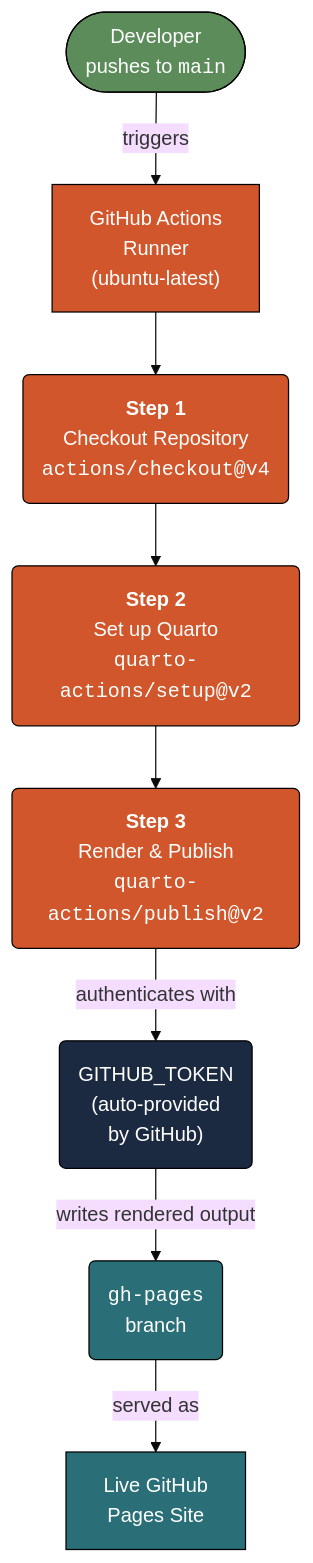
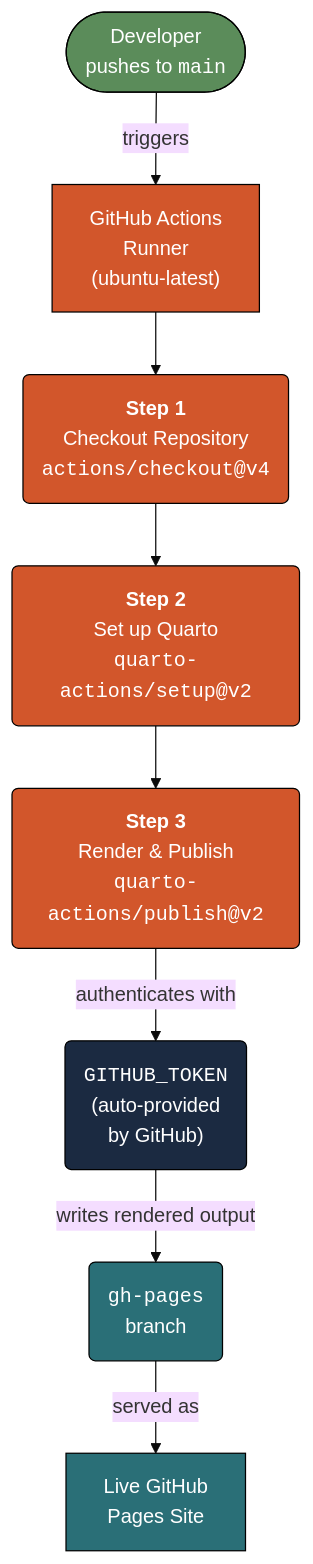
The first of 3 diagrams in publish-r-py.qmd (mjfrigaard/do4ds-labs), drawn with Mermaid before and after one commit. The commit also changed other lines of this file and 69 other files, not shown here.

Commit message:
style review fixes; mermaid look; lab07 model scripts and workflow deps

````diff
--- a/publish-r-py.qmd
+++ b/publish-r-py.qmd
@@ -130,25 +130,25 @@
 ```{mermaid}
 %%| fig-cap: 'Publishing to GitHub pages'
 %%| fig-width: 7.0
 %%| fig-align: 'center'
-%%{init: {'theme': 'base', 'themeVariables': {'fontFamily': 'monospace'}}}%%
+%%{init: {'theme': 'base', 'look': 'classic', 'themeVariables': {'fontFamily': 'monospace'}}}%%
 flowchart TD
     Push(["Developer<br>pushes to <code>main</code>"]) -->|"triggers"| GHA["GitHub Actions<br>Runner<br>(ubuntu-latest)"]
 
     GHA --> Step1("<strong>Step 1</strong><br>Checkout Repository<br><code>actions/checkout@v4</code>")
     Step1 --> Step2("<strong>Step 2</strong><br>Set up Quarto<br><code>quarto-actions/setup@v2</code>")
     Step2 --> Step3("<strong>Step 3</strong><br>Render & Publish<br><code>quarto-actions/publish@v2</code>")
 
-    Step3 -->|"authenticates with"| Token("<cdde>GITHUB_TOKEN</code><br>(auto-provided<br>by GitHub)")
+    Step3 -->|"authenticates with"| Token("<code>GITHUB_TOKEN</code><br>(auto-provided<br>by GitHub)")
     Token -->|"writes rendered output"| GHPages("<code>gh-pages</code><br>branch")
     GHPages -->|"served as"| Site["Live GitHub<br>Pages Site"]
     style Push fill:#5B8C5A,stroke:#000000,stroke-width:1px,color:#ffffff
     style GHA fill:#D2562B,stroke:#000000,stroke-width:1px,color:#ffffff
     style Step1 fill:#D2562B,stroke:#000000,stroke-width:1px,color:#ffffff
     style Step2 fill:#D2562B,stroke:#000000,stroke-width:1px,color:#ffffff
     style Step3 fill:#D2562B,stroke:#000000,stroke-width:1px,color:#ffffff
     style Token fill:#1B2A41,stroke:#000000,stroke-width:1px,color:#ffffff
     style GHPages fill:#2A6F77,stroke:#000000,stroke-width:1px,color:#ffffff
     style Site fill:#2A6F77,stroke:#000000,stroke-width:1px,color:#ffffff
 
 ```
````
